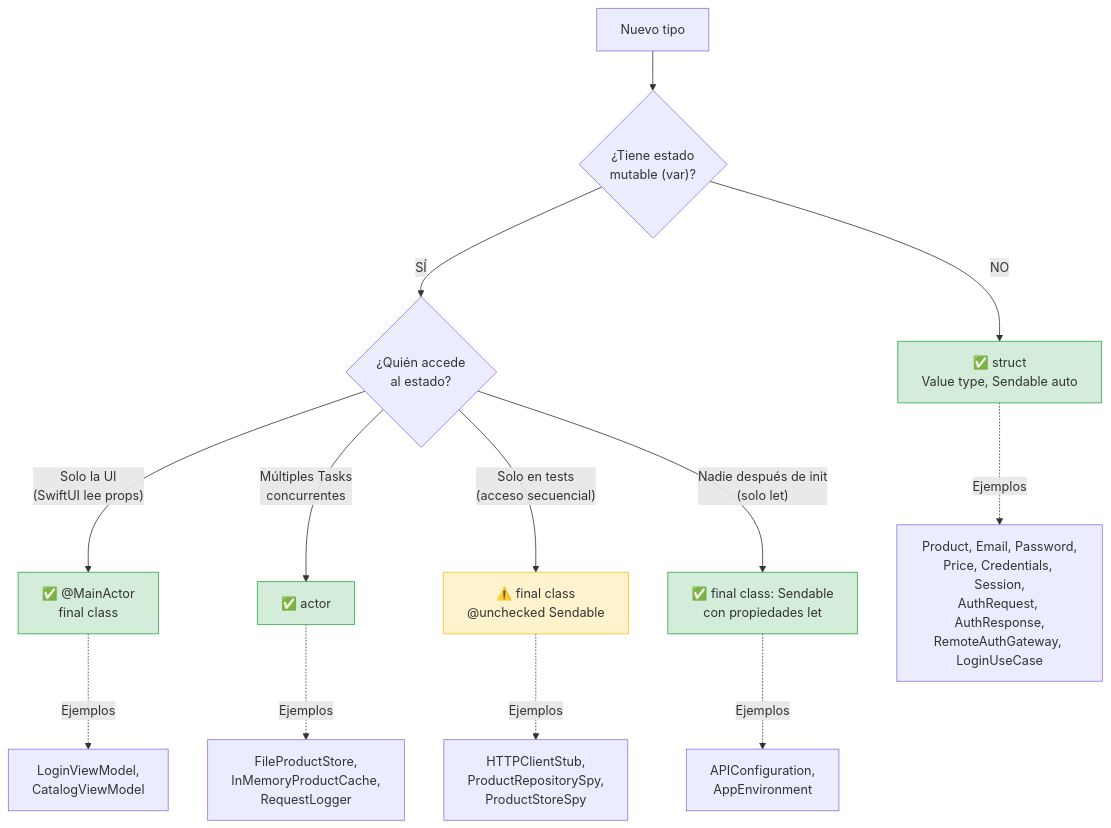
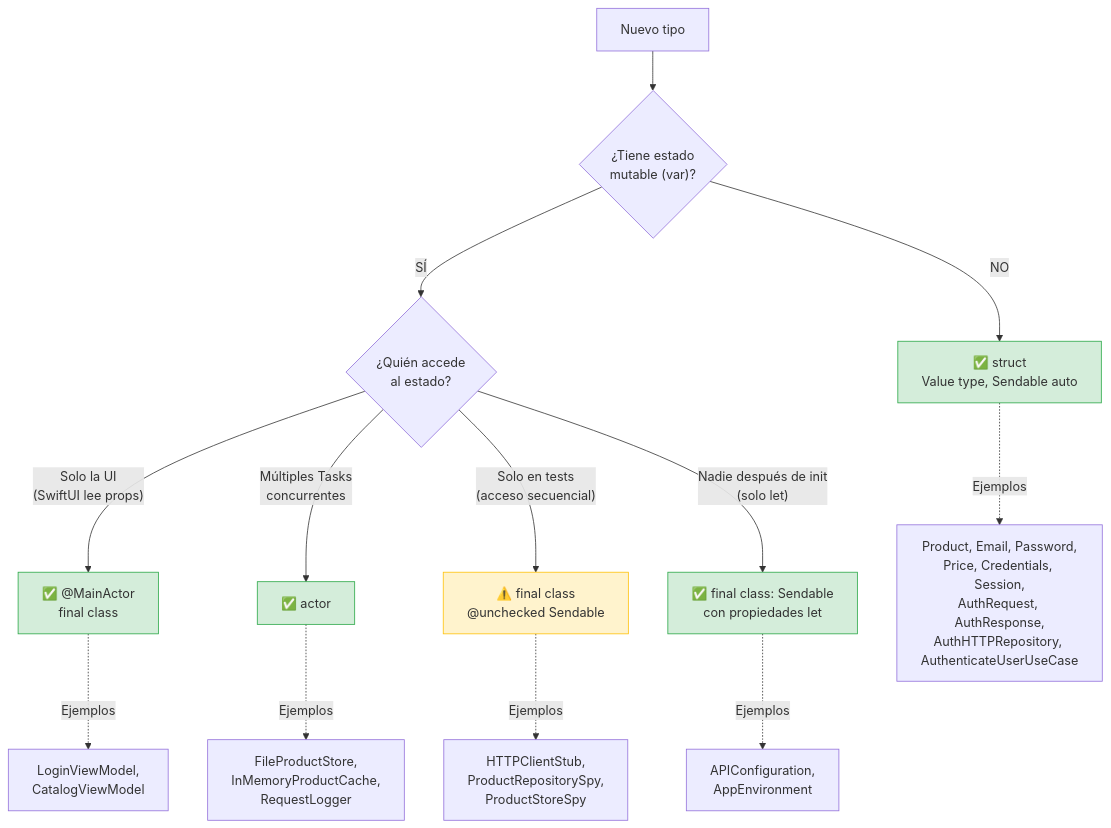
One commit to SwiftEnProfundidad/stack-my-architecture-ios changed the third of 5 diagrams in 05-maestria/02-actors-en-arquitectura.md. Above: the diagram before and after it, drawn with Mermaid. The commit also changed 50 other files, not shown here.

````diff
--- a/05-maestria/02-actors-en-arquitectura.md
+++ b/05-maestria/02-actors-en-arquitectura.md
@@ -172,32 +172,32 @@
 ```mermaid
 flowchart TD
     START["Nuevo tipo"] --> MUT{"¿Tiene estado<br/>mutable (var)?"}
     
     MUT -->|NO| STRUCT["✅ struct<br/>Value type, Sendable auto"]
     
     MUT -->|SÍ| WHO{"¿Quién accede<br/>al estado?"}
     
     WHO -->|"Solo la UI<br/>(SwiftUI lee props)"| MA["✅ @MainActor<br/>final class"]
     
     WHO -->|"Múltiples Tasks<br/>concurrentes"| ACTOR["✅ actor"]
     
     WHO -->|"Solo en tests<br/>(acceso secuencial)"| UC["⚠️ final class<br/>@unchecked Sendable"]
     
     WHO -->|"Nadie después de init<br/>(solo let)"| FINAL["✅ final class: Sendable<br/>con propiedades let"]
 
-    STRUCT -.->|"Ejemplos"| SE["Product, Email, Password,<br/>Price, Credentials, Session,<br/>AuthRequest, AuthResponse,<br/>RemoteAuthGateway, LoginUseCase"]
+    STRUCT -.->|"Ejemplos"| SE["Product, Email, Password,<br/>Price, Credentials, Session,<br/>AuthRequest, AuthResponse,<br/>AuthHTTPRepository, AuthenticateUserUseCase"]
     
     MA -.->|"Ejemplos"| MAE["LoginViewModel,<br/>CatalogViewModel"]
     
     ACTOR -.->|"Ejemplos"| AE["FileProductStore,<br/>InMemoryProductCache,<br/>RequestLogger"]
     
     UC -.->|"Ejemplos"| UCE["HTTPClientStub,<br/>ProductRepositorySpy,<br/>ProductStoreSpy"]
     
     FINAL -.->|"Ejemplos"| FE["APIConfiguration,<br/>AppEnvironment"]
 
     style STRUCT fill:#d4edda,stroke:#28a745
     style MA fill:#d4edda,stroke:#28a745
     style ACTOR fill:#d4edda,stroke:#28a745
     style FINAL fill:#d4edda,stroke:#28a745
     style UC fill:#fff3cd,stroke:#ffc107
 ```
````
